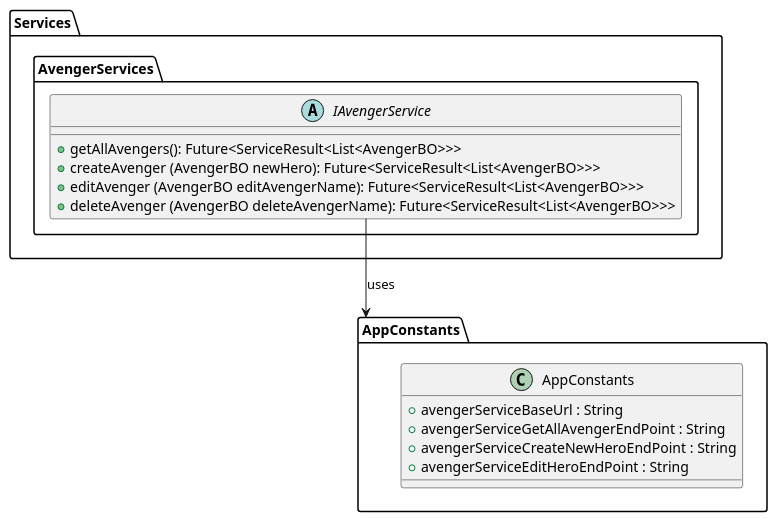
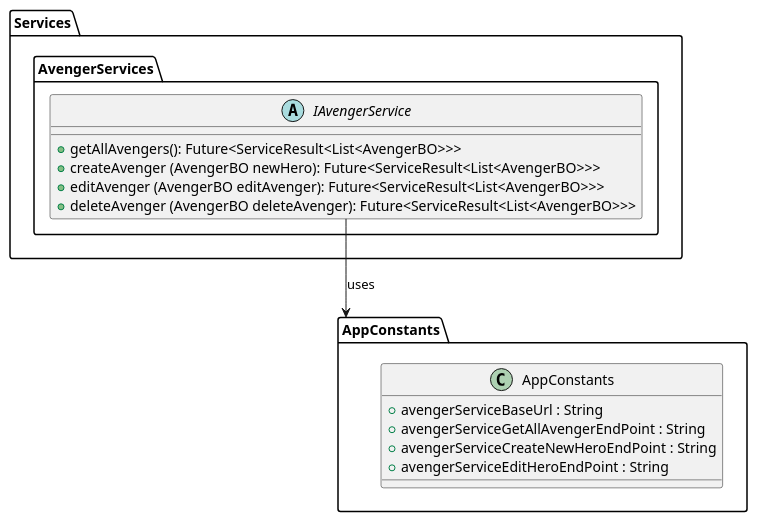
One commit to ThirumuruganArumugam/API-CRUD changed the diagram in lib/Helpers/AppConstants/Design/AppConstants_Class.puml. Above: the diagram before and after it, drawn with PlantUML. The commit also changed 10 other files, not shown here.

```diff
--- a/lib/Helpers/AppConstants/Design/AppConstants_Class.puml
+++ b/lib/Helpers/AppConstants/Design/AppConstants_Class.puml
@@ -1,29 +1,29 @@
 @startuml Services Class Diagram
 
 package Services{
     package AvengerServices{
         abstract class IAvengerService{
             + getAllAvengers(): Future<ServiceResult<List<AvengerBO>>>
             + createAvenger (AvengerBO newHero): Future<ServiceResult<List<AvengerBO>>>
-            + editAvenger (AvengerBO editAvengerName): Future<ServiceResult<List<AvengerBO>>>
-            + deleteAvenger (AvengerBO deleteAvengerName): Future<ServiceResult<List<AvengerBO>>>
+            + editAvenger (AvengerBO editAvenger): Future<ServiceResult<List<AvengerBO>>>
+            + deleteAvenger (AvengerBO deleteAvenger): Future<ServiceResult<List<AvengerBO>>>
 
         }
     }
 }
 
 package AppConstants{
     class AppConstants{
         + avengerServiceBaseUrl : String
         + avengerServiceGetAllAvengerEndPoint : String
         + avengerServiceCreateNewHeroEndPoint : String
         + avengerServiceEditHeroEndPoint : String
     }
 }
 
 
 
 IAvengerService --> AppConstants : uses
 
 
 @enduml
```
